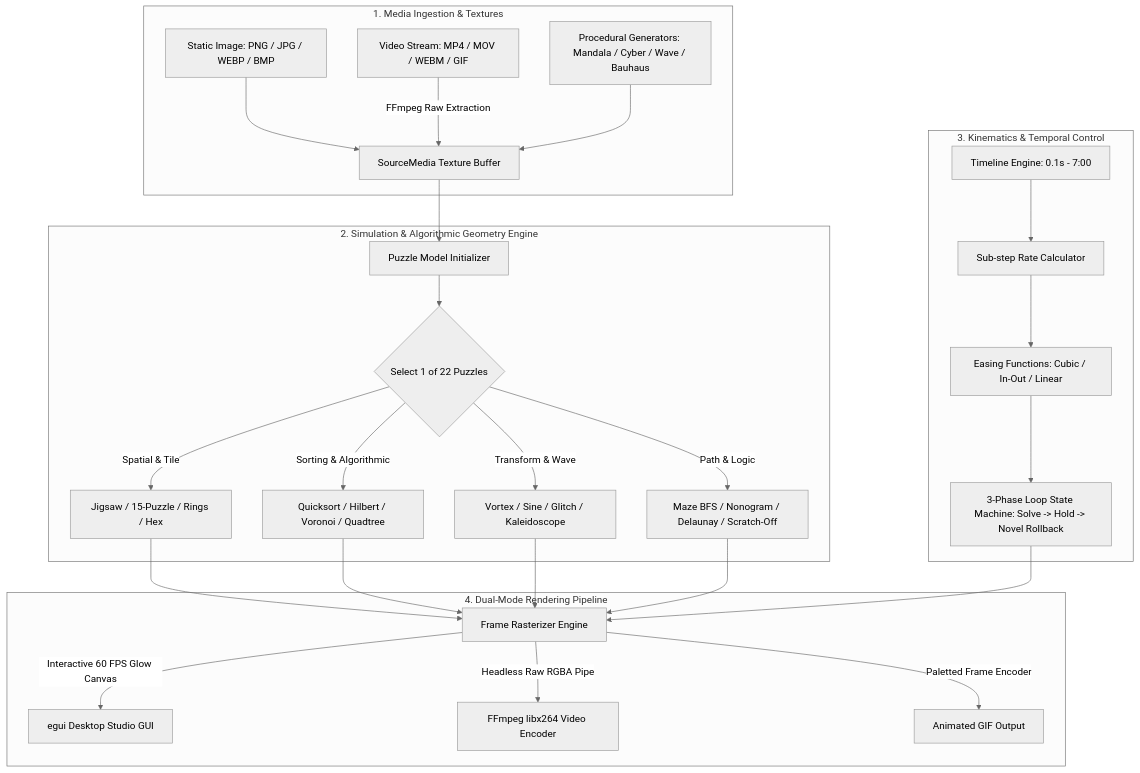
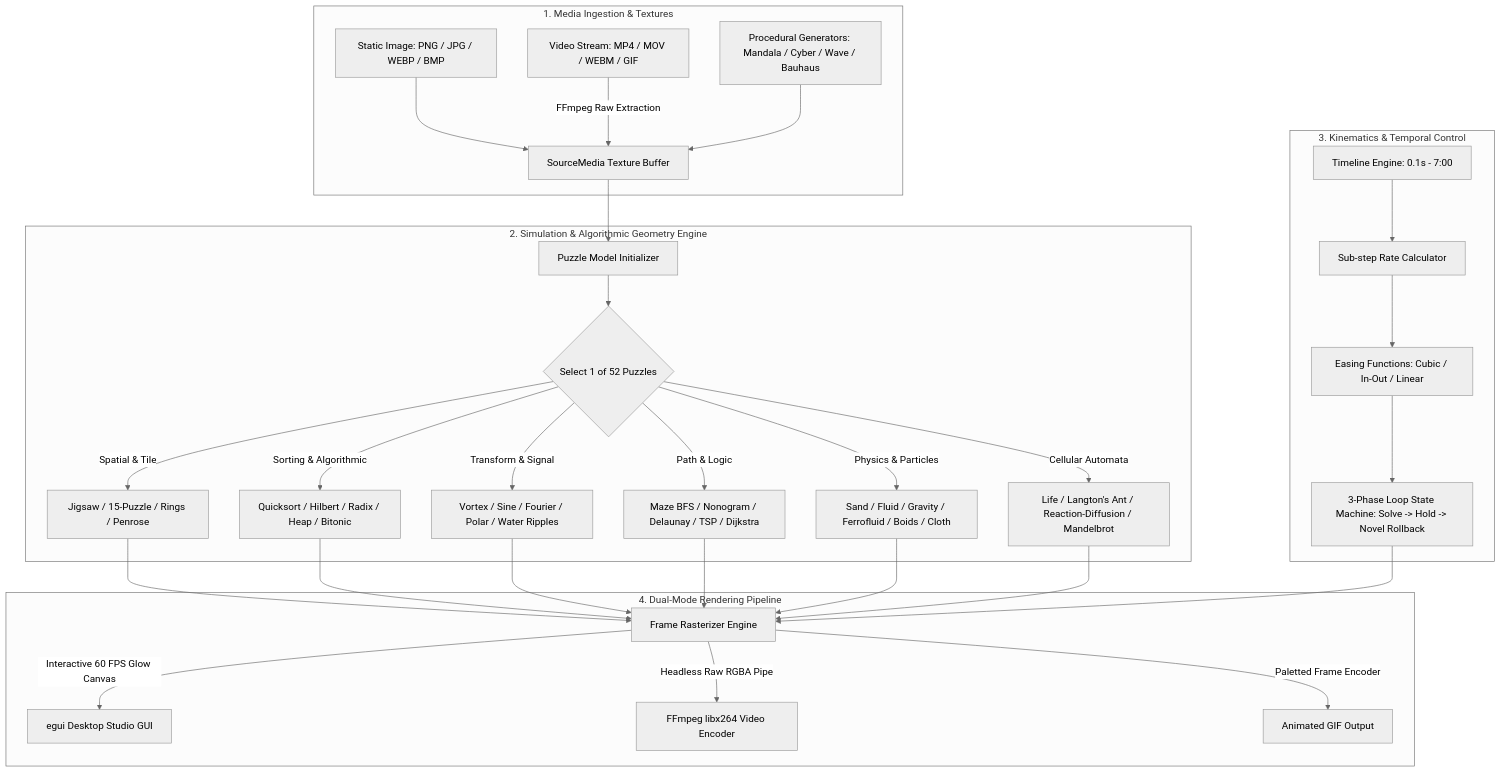
The diagram in README.md (loud-thunder/video-solver), drawn with Mermaid (neutral theme) before and after one commit. The commit also changed other lines of this file, not shown here.

First line of the commit message:
docs: document 30 new puzzle simulations and 6-domain architecture in README

````diff
--- a/README.md
+++ b/README.md
@@ -43,31 +43,33 @@
 ```mermaid
 flowchart TD
     subgraph Ingestion ["1. Media Ingestion & Textures"]
         A1[Static Image: PNG / JPG / WEBP / BMP] --> A[SourceMedia Texture Buffer]
         A2[Video Stream: MP4 / MOV / WEBM / GIF] -->|FFmpeg Raw Extraction| A
         A3[Procedural Generators: Mandala / Cyber / Wave / Bauhaus] --> A
     end
 
     subgraph Simulation ["2. Simulation & Algorithmic Geometry Engine"]
         A --> B[Puzzle Model Initializer]
-        B --> C{Select 1 of 22 Puzzles}
-        C -->|Spatial & Tile| D1[Jigsaw / 15-Puzzle / Rings / Hex]
-        C -->|Sorting & Algorithmic| D2[Quicksort / Hilbert / Voronoi / Quadtree]
-        C -->|Transform & Wave| D3[Vortex / Sine / Glitch / Kaleidoscope]
-        C -->|Path & Logic| D4[Maze BFS / Nonogram / Delaunay / Scratch-Off]
+        B --> C{Select 1 of 52 Puzzles}
+        C -->|Spatial & Tile| D1[Jigsaw / 15-Puzzle / Rings / Penrose]
+        C -->|Sorting & Algorithmic| D2[Quicksort / Hilbert / Radix / Heap / Bitonic]
+        C -->|Transform & Signal| D3[Vortex / Sine / Fourier / Polar / Water Ripples]
+        C -->|Path & Logic| D4[Maze BFS / Nonogram / Delaunay / TSP / Dijkstra]
+        C -->|Physics & Particles| D5[Sand / Fluid / Gravity / Ferrofluid / Boids / Cloth]
+        C -->|Cellular Automata| D6[Life / Langton's Ant / Reaction-Diffusion / Mandelbrot]
     end
 
     subgraph Temporal ["3. Kinematics & Temporal Control"]
         E[Timeline Engine: 0.1s - 7:00] --> F[Sub-step Rate Calculator]
         F --> G[Easing Functions: Cubic / In-Out / Linear]
         G --> H[3-Phase Loop State Machine: Solve -> Hold -> Novel Rollback]
     end
 
     subgraph Output ["4. Dual-Mode Rendering Pipeline"]
-        D1 & D2 & D3 & D4 --> I[Frame Rasterizer Engine]
+        D1 & D2 & D3 & D4 & D5 & D6 --> I[Frame Rasterizer Engine]
         H --> I
         I -->|Interactive 60 FPS Glow Canvas| J[egui Desktop Studio GUI]
         I -->|Headless Raw RGBA Pipe| K[FFmpeg libx264 Video Encoder]
         I -->|Paletted Frame Encoder| L[Animated GIF Output]
     end
 ```
````
